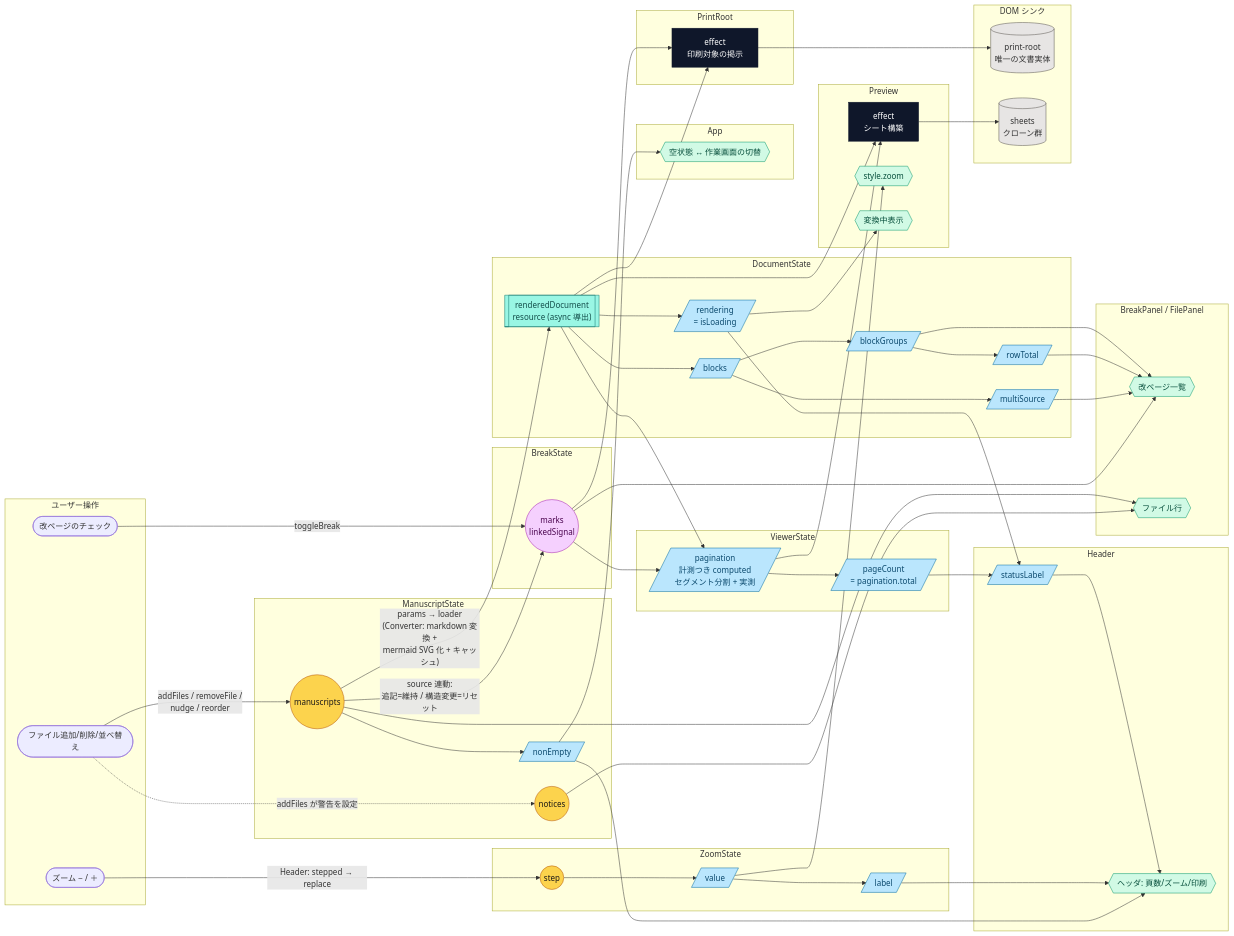
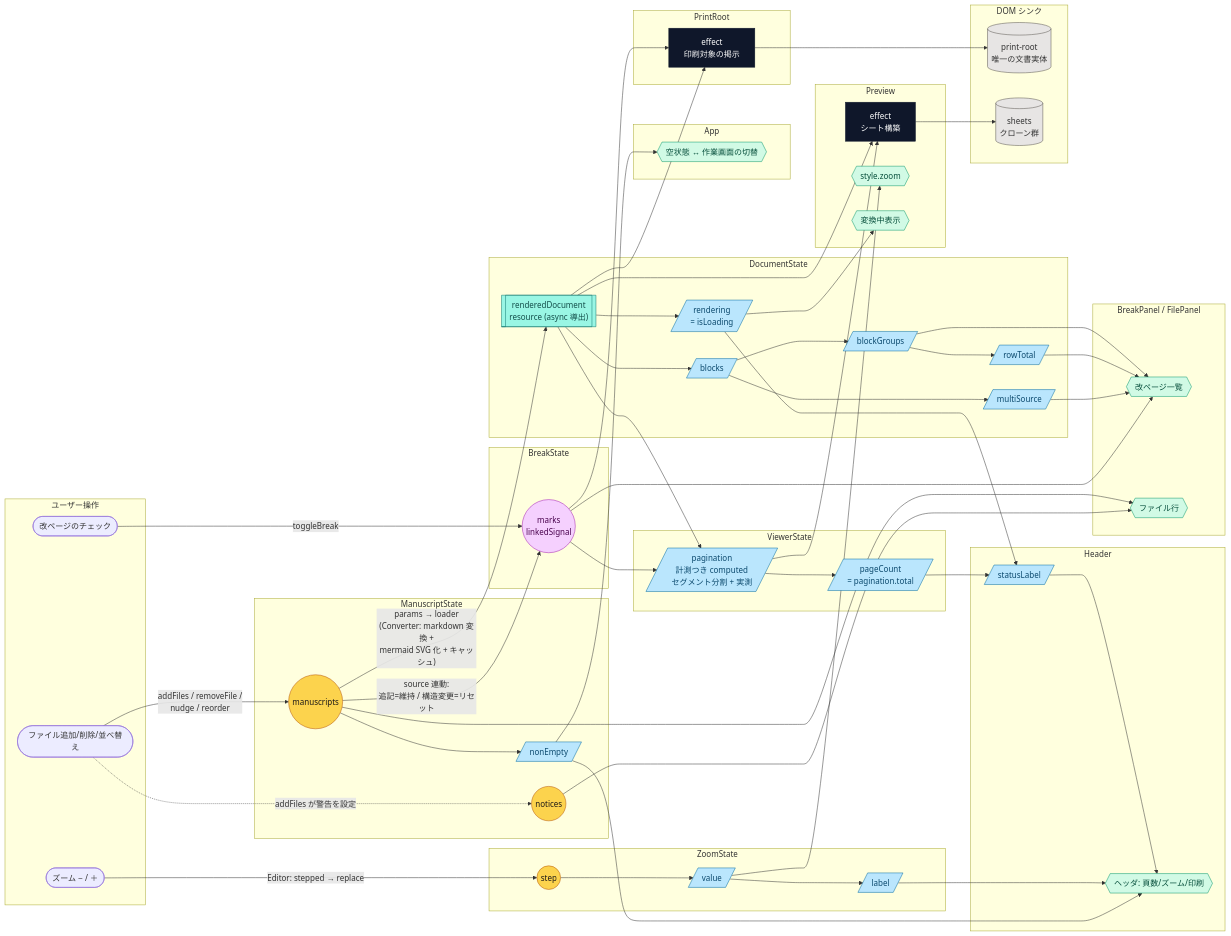
One commit to lacolaco/printmd changed the diagram in docs/signal-graph.md. Above: the diagram before and after it, drawn with Mermaid. The commit also changed other lines of this file and 4 other files, not shown here.

```diff
--- a/docs/signal-graph.md
+++ b/docs/signal-graph.md
@@ -79,7 +79,7 @@
   A1 -- "addFiles / removeFile /<br/>nudge / reorder" --> S1
   S1 -- "source 連動:<br/>追記=維持 / 構造変更=リセット" --> S2
   A2 -- toggleBreak --> S2
-  A3 -- "Header: stepped → replace" --> V1
+  A3 -- "Editor: stepped → replace" --> V1
 
   S1 -- "params → loader<br/>(Converter: markdown 変換 +<br/>mermaid SVG 化 + キャッシュ)" --> S4
   S4 --> S3
```
